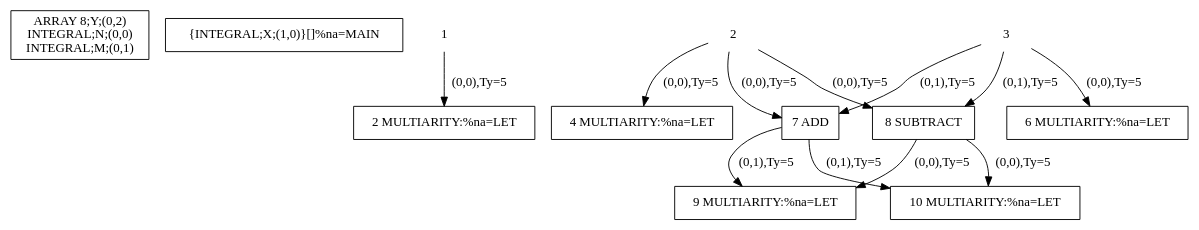
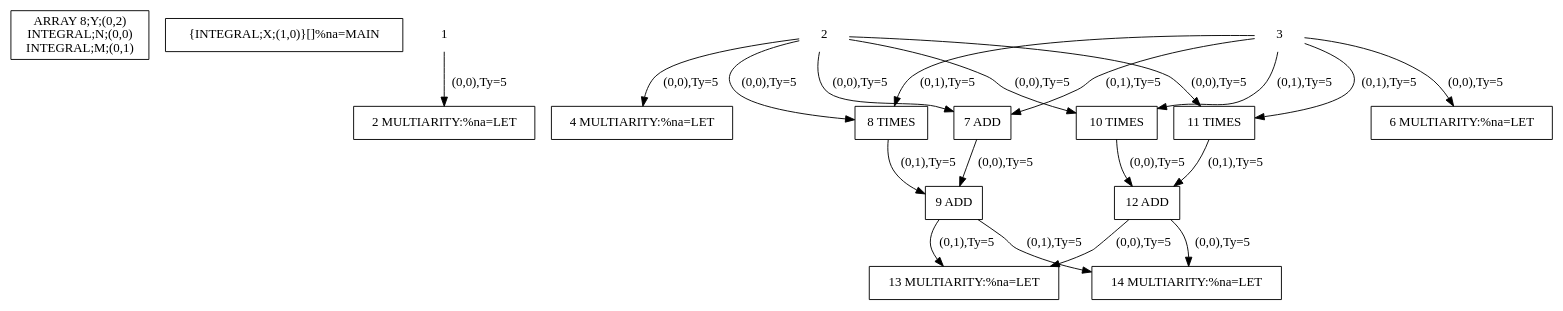
The diagram in exp.dot (qram9/sisal), drawn with Graphviz before and after one commit. The commit also changed 8 other files, not shown here.

```diff
--- a/exp.dot
+++ b/exp.dot
@@ -1,25 +1,37 @@
 digraph R {
 newrank=true;
 IN00 [shape=rect;label="ARRAY 8;Y;(0,2)\nINTEGRAL;N;(0,0)\nINTEGRAL;M;(0,1)"];
 OUT00 [shape=rect;label="{INTEGRAL;X;(1,0)}[]%na=MAIN"];
 01 [shape=plaintext;label="1"];
 02 [shape=rect;label="2 MULTIARITY:%na=LET"];
 03 [shape=plaintext;label="2"];
 04 [shape=rect;label="4 MULTIARITY:%na=LET"];
 05 [shape=plaintext;label="3"];
 06 [shape=rect;label="6 MULTIARITY:%na=LET"];
 07 [shape=rect;label="7 ADD"];
-08 [shape=rect;label="8 SUBTRACT"];
-09 [shape=rect;label="9 MULTIARITY:%na=LET"];
-010 [shape=rect;label="10 MULTIARITY:%na=LET"]
+08 [shape=rect;label="8 TIMES"];
+09 [shape=rect;label="9 ADD"];
+010 [shape=rect;label="10 TIMES"];
+011 [shape=rect;label="11 TIMES"];
+012 [shape=rect;label="12 ADD"];
+013 [shape=rect;label="13 MULTIARITY:%na=LET"];
+014 [shape=rect;label="14 MULTIARITY:%na=LET"]
 01 ->  02 [label="(0,0),Ty=5"]
 03 ->  04 [label="(0,0),Ty=5"]
 03 ->  07 [label="(0,0),Ty=5"]
 03 ->  08 [label="(0,0),Ty=5"]
+03 ->  010 [label="(0,0),Ty=5"]
+03 ->  011 [label="(0,0),Ty=5"]
 05 ->  06 [label="(0,0),Ty=5"]
 05 ->  07 [label="(0,1),Ty=5"]
 05 ->  08 [label="(0,1),Ty=5"]
-07 ->  09 [label="(0,1),Ty=5"]
-07 ->  010 [label="(0,1),Ty=5"]
-08 ->  09 [label="(0,0),Ty=5"]
-08 ->  010 [label="(0,0),Ty=5"]}
+05 ->  010 [label="(0,1),Ty=5"]
+05 ->  011 [label="(0,1),Ty=5"]
+07 ->  09 [label="(0,0),Ty=5"]
+08 ->  09 [label="(0,1),Ty=5"]
+09 ->  013 [label="(0,1),Ty=5"]
+09 ->  014 [label="(0,1),Ty=5"]
+010 ->  012 [label="(0,0),Ty=5"]
+011 ->  012 [label="(0,1),Ty=5"]
+012 ->  013 [label="(0,0),Ty=5"]
+012 ->  014 [label="(0,0),Ty=5"]}
```
